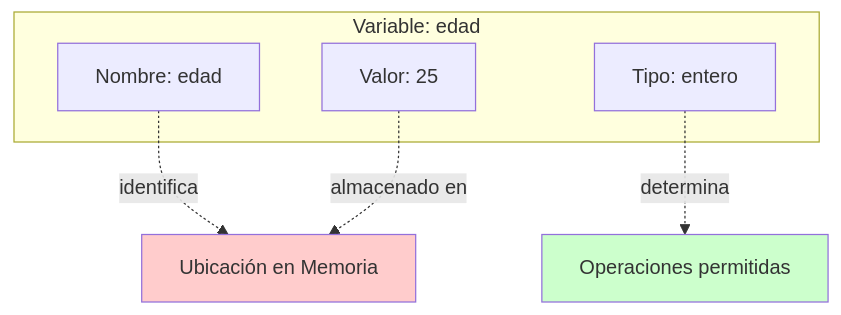
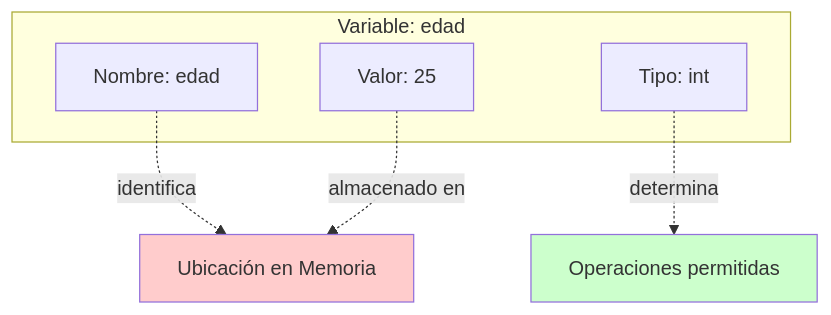
Diagram 12 of 16 in apunte/1_base.md (INGCOM-UNRN-P1/INGCOM-UNRN-P1.github.io), drawn with Mermaid before and after one commit. The commit also changed other lines of this file, not shown here.

````diff
--- a/apunte/1_base.md
+++ b/apunte/1_base.md
@@ -829,15 +872,15 @@
 ```{mermaid}
 graph TD
     subgraph "Variable: edad"
         N[Nombre: edad]
-        T[Tipo: entero]
+        T[Tipo: int]
         V[Valor: 25]
     end
     
     N -.-> |identifica| LOC[Ubicación en Memoria]
     T -.-> |determina| OPS[Operaciones permitidas]
     V -.-> |almacenado en| LOC
     
     style LOC fill:#ffcccc
     style OPS fill:#ccffcc
 ```
````
